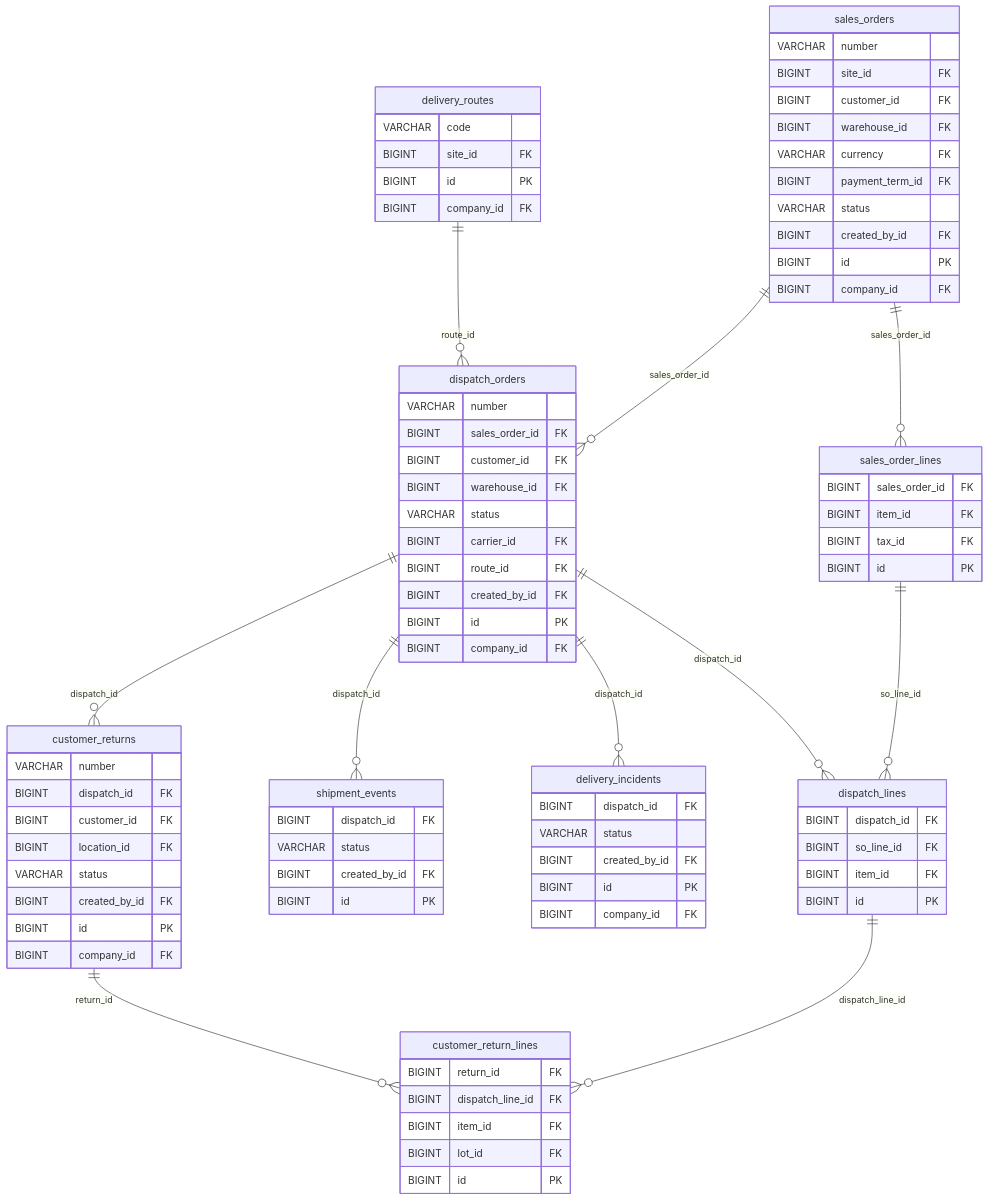
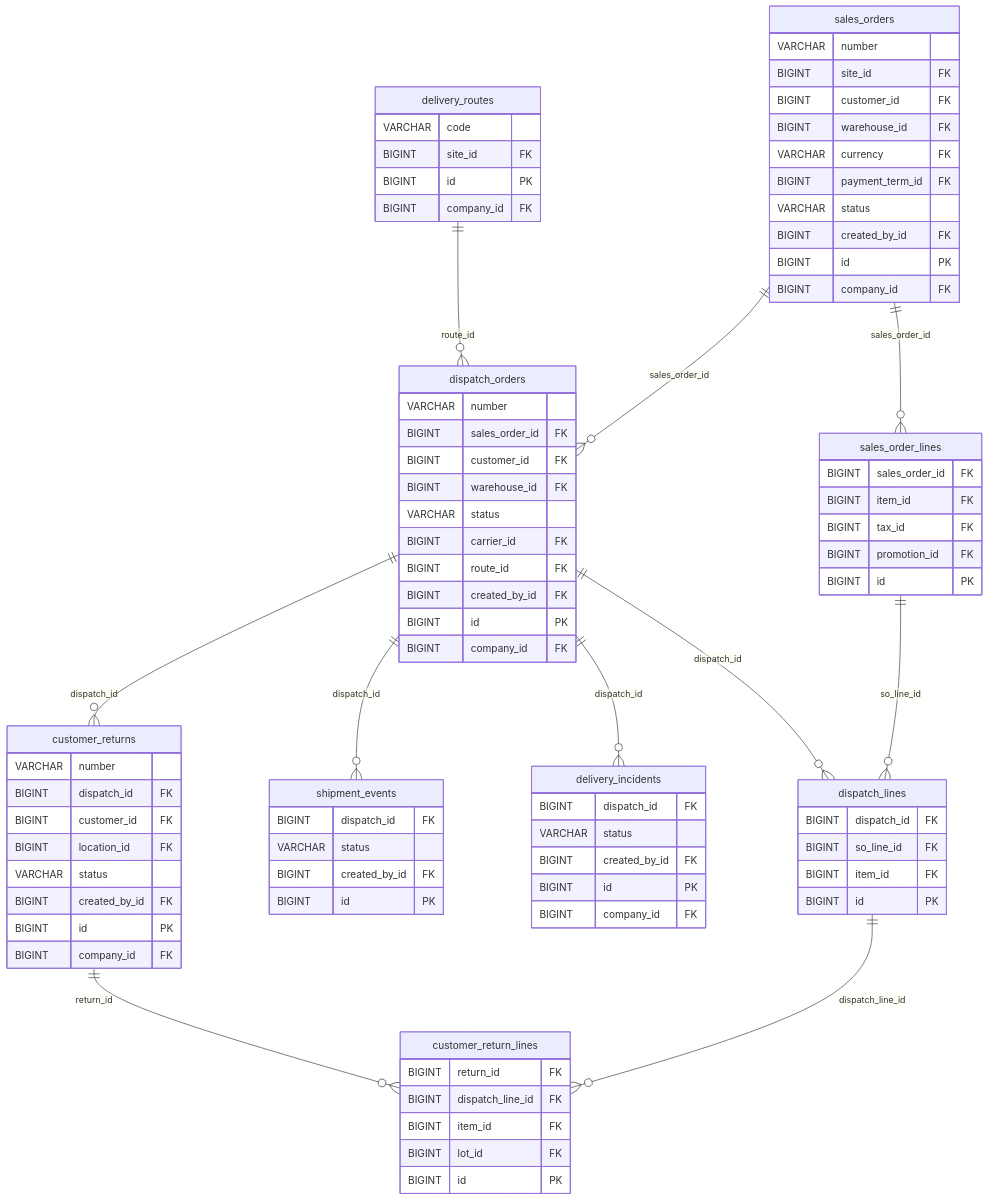
The seventh of 11 diagrams in docs/modelo-er.md (Datasyslatam/ERP_Comercial), drawn with Mermaid before and after one commit. The commit also changed other lines of this file and 26 other files, not shown here.

```diff
--- a/docs/modelo-er.md
+++ b/docs/modelo-er.md
@@ -523,6 +524,7 @@
         BIGINT sales_order_id FK
         BIGINT item_id FK
         BIGINT tax_id FK
+        BIGINT promotion_id FK
         BIGINT id PK
     }
     delivery_routes {
```
